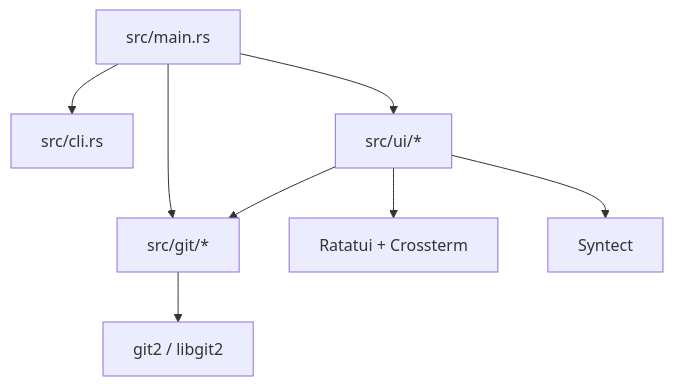
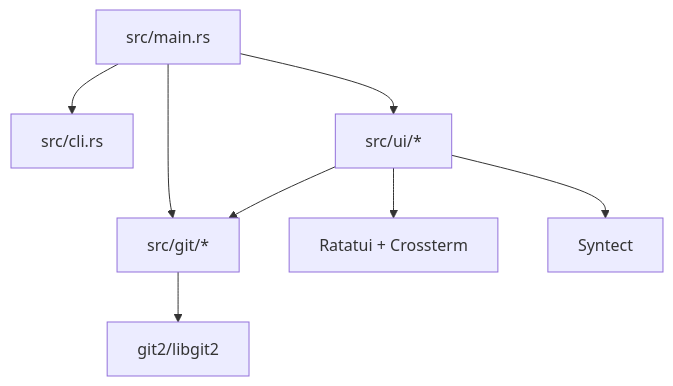
The second of 3 diagrams in SDD_SAD.md (daredem0/git-sync), drawn with Mermaid before and after one commit. The commit also changed other lines of this file and 1 other file, not shown here.

````diff
--- a/SDD_SAD.md
+++ b/SDD_SAD.md
@@ -89,18 +120,18 @@
 ```mermaid
 flowchart TD
     MAIN[src/main.rs]
     CLI[src/cli.rs]
     UI[src/ui/*]
     GIT[src/git/*]
-    LIBGIT2[git2 / libgit2]
+    LIBGIT2[git2/libgit2]
     TERM[Ratatui + Crossterm]
     SYN[Syntect]
 
     MAIN --> CLI
     MAIN --> UI
     MAIN --> GIT
     UI --> GIT
     UI --> TERM
     UI --> SYN
     GIT --> LIBGIT2
 ```
````
